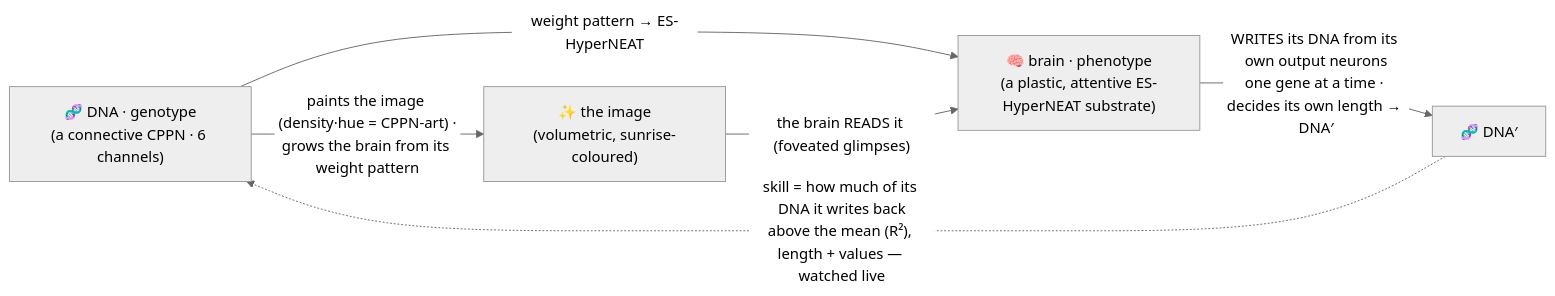
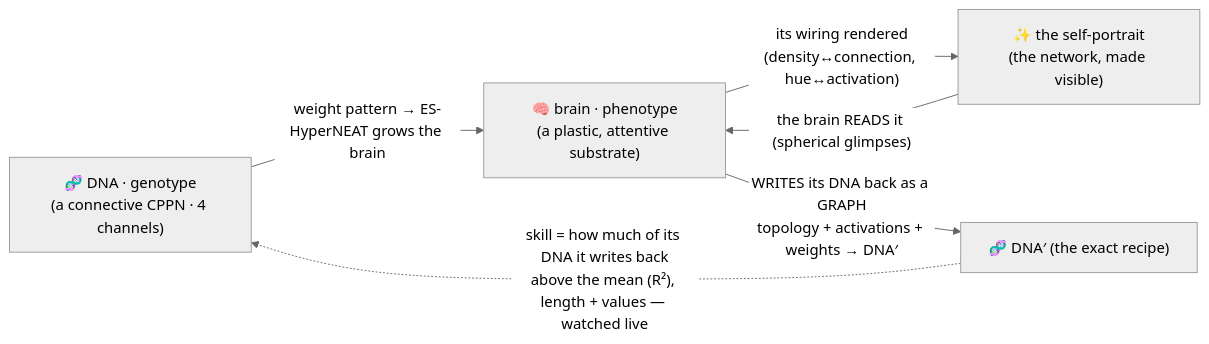
One commit to admiralakber/autograph changed the first of 3 diagrams in VISION.md. Above: the diagram before and after it, drawn with Mermaid (neutral theme). The commit also changed other lines of this file, not shown here.

Commit message:
docs(v10): reconcile VISION to the structural self-write (von Neumann; network-image; spherical; honest structural numbers)

````diff
--- a/VISION.md
+++ b/VISION.md
@@ -24,8 +24,8 @@
 ```mermaid
 flowchart LR
-  DNA["🧬 DNA · genotype<br/>(a connective CPPN · 6 channels)"] -->|"paints the image (density·hue = CPPN-art) ·<br/>grows the brain from its weight pattern"| ART["✨ the image<br/>(volumetric, sunrise-coloured)"]
-  DNA -->|"weight pattern → ES-HyperNEAT"| PHENO["🧠 brain · phenotype<br/>(a plastic, attentive ES-HyperNEAT substrate)"]
-  ART -->|"the brain READS it (foveated glimpses)"| PHENO
-  PHENO -->|"WRITES its DNA from its own output neurons<br/>one gene at a time · decides its own length → DNA′"| DNA2["🧬 DNA′"]
+  DNA["🧬 DNA · genotype<br/>(a connective CPPN · 4 channels)"] -->|"weight pattern → ES-HyperNEAT grows the brain"| PHENO["🧠 brain · phenotype<br/>(a plastic, attentive substrate)"]
+  PHENO -->|"its wiring rendered<br/>(density↔connection, hue↔activation)"| ART["✨ the self-portrait<br/>(the network, made visible)"]
+  ART -->|"the brain READS it (spherical glimpses)"| PHENO
+  PHENO -->|"WRITES its DNA back as a GRAPH<br/>topology + activations + weights → DNA′"| DNA2["🧬 DNA′ (the exact recipe)"]
   DNA2 -. "skill = how much of its DNA it writes back<br/>above the mean (R²), length + values — watched live" .-> DNA
 ```
````
